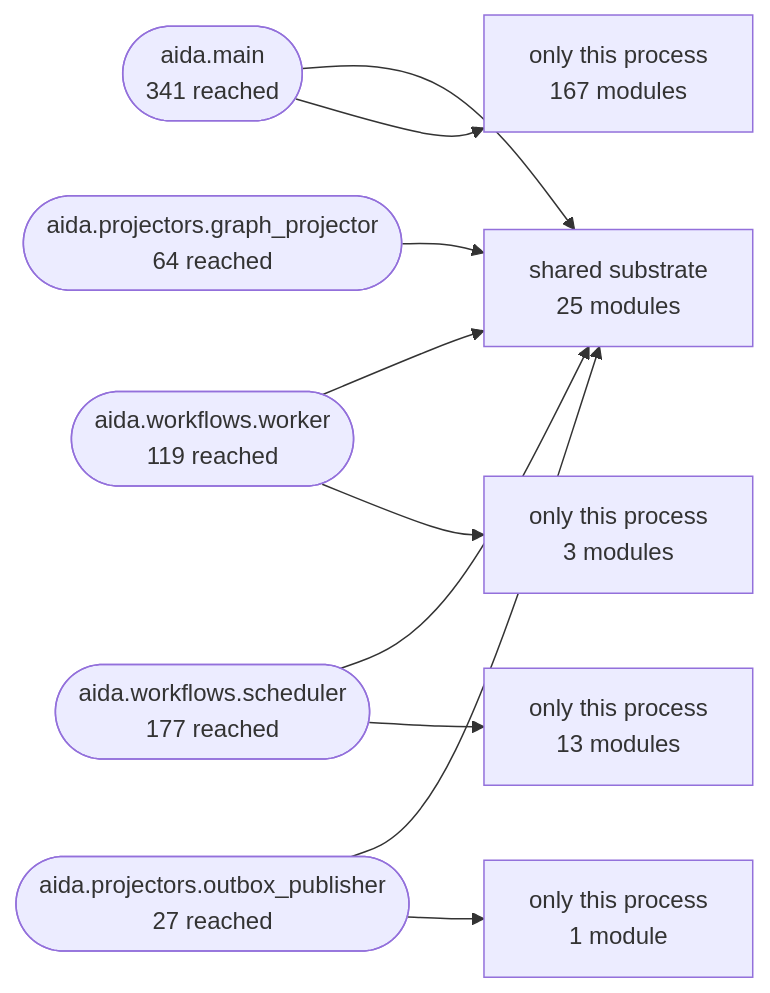
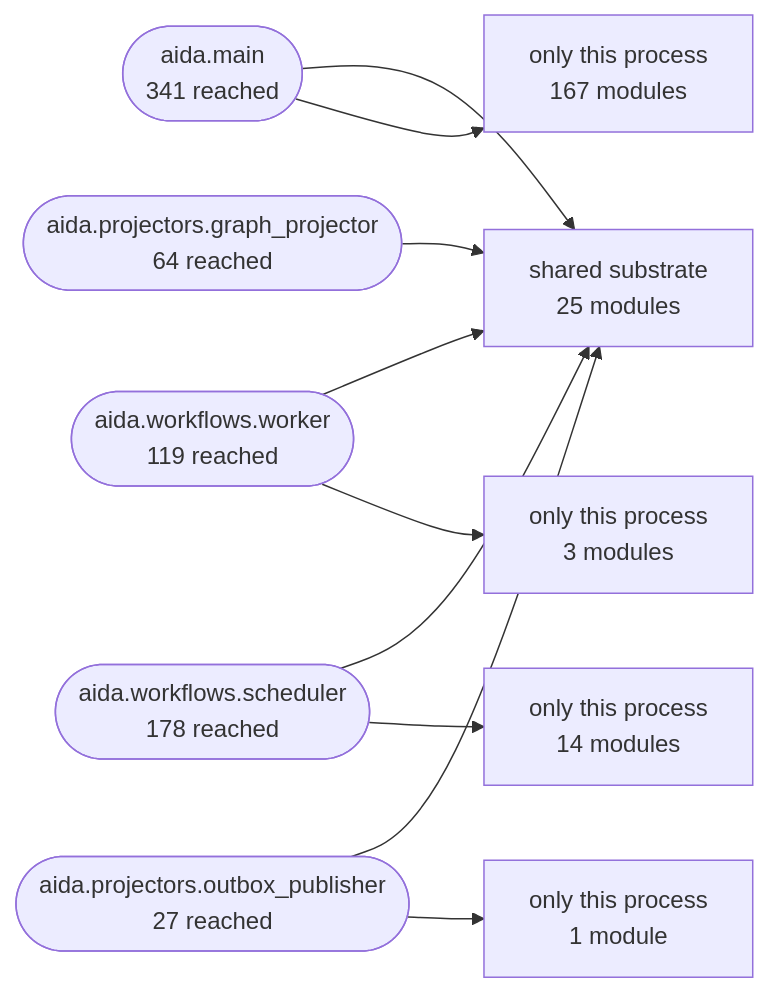
One commit to karuppusamym/AIDataAnalyst changed the second of 3 diagrams in Docs/10-architecture/14-generated-architecture-map.md. Above: the diagram before and after it, drawn with Mermaid. The commit also changed other lines of this file and 8 other files, not shown here.

````diff
--- a/Docs/10-architecture/14-generated-architecture-map.md
+++ b/Docs/10-architecture/14-generated-architecture-map.md
@@ -173,22 +173,22 @@
 ```mermaid
 graph LR
   shared["shared substrate<br/>25 modules"]
   aida_main(["aida.main<br/>341 reached"])
   aida_workflows_worker(["aida.workflows.worker<br/>119 reached"])
-  aida_workflows_scheduler(["aida.workflows.scheduler<br/>177 reached"])
+  aida_workflows_scheduler(["aida.workflows.scheduler<br/>178 reached"])
   aida_projectors_graph_projector(["aida.projectors.graph_projector<br/>64 reached"])
   aida_projectors_outbox_publisher(["aida.projectors.outbox_publisher<br/>27 reached"])
   aida_main --> shared
   only_aida_main["only this process<br/>167 modules"]
   aida_main --> only_aida_main
   aida_workflows_worker --> shared
   only_aida_workflows_worker["only this process<br/>3 modules"]
   aida_workflows_worker --> only_aida_workflows_worker
   aida_workflows_scheduler --> shared
-  only_aida_workflows_scheduler["only this process<br/>13 modules"]
+  only_aida_workflows_scheduler["only this process<br/>14 modules"]
   aida_workflows_scheduler --> only_aida_workflows_scheduler
   aida_projectors_graph_projector --> shared
   aida_projectors_outbox_publisher --> shared
   only_aida_projectors_outbox_publisher["only this process<br/>1 module"]
   aida_projectors_outbox_publisher --> only_aida_projectors_outbox_publisher
 ```
````
